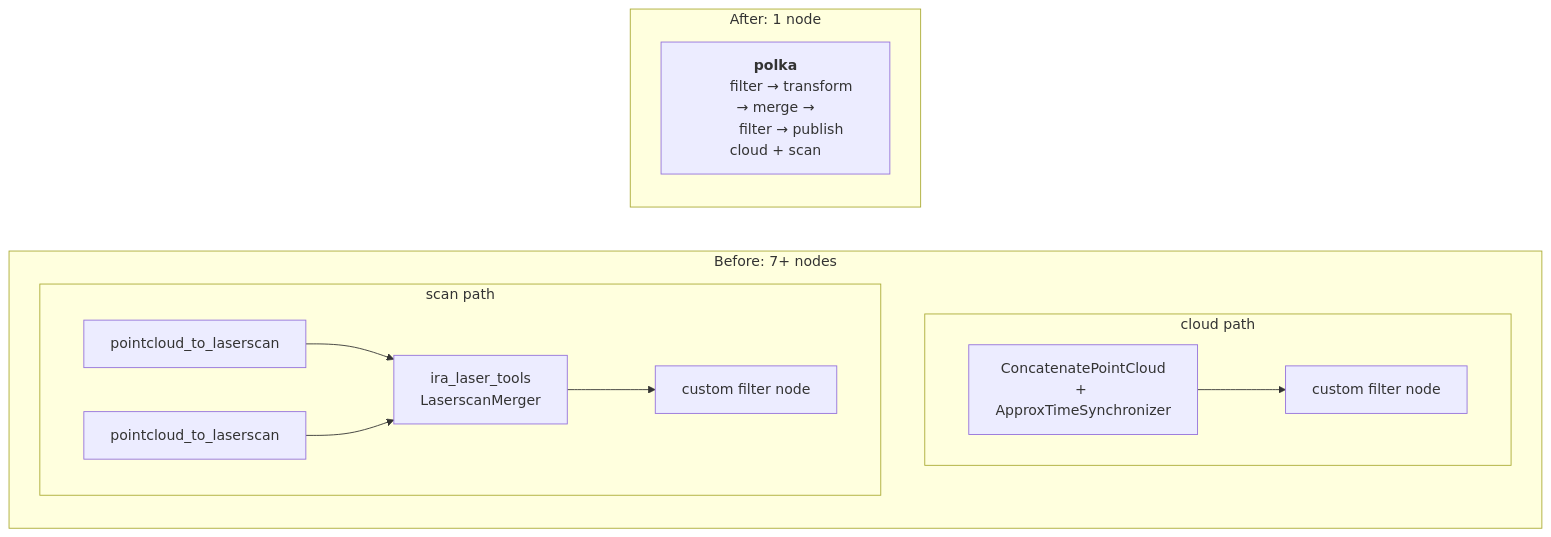
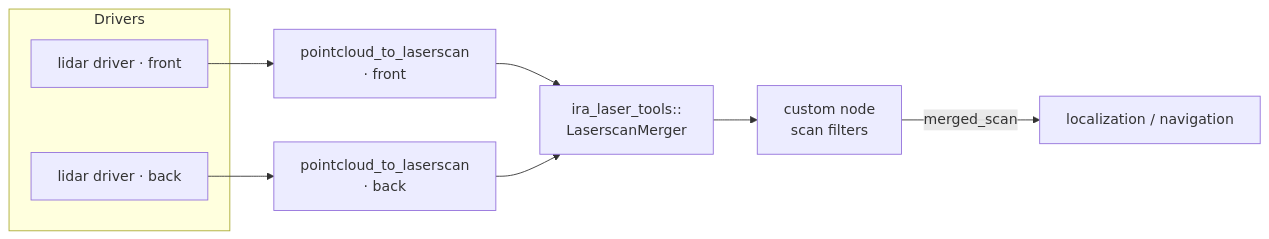
One commit to Pana1v/polka changed the fourth of 4 diagrams in README.md. Above: the diagram before and after it, drawn with Mermaid. The commit also changed other lines of this file, not shown here.

First line of the commit message:
Enhance README with pipeline comparison diagrams

````diff
--- a/README.md
+++ b/README.md
@@ -81,22 +129,19 @@
 ```mermaid
 graph LR
-    subgraph "Before: 7+ nodes"
-        direction TB
-
-        subgraph "cloud path"
-            CC[ConcatenatePointCloud\n+ ApproxTimeSynchronizer] --> CF[custom filter node]
-        end
-
-        subgraph "scan path"
-            P2L1[pointcloud_to_laserscan] --> IRA[ira_laser_tools\nLaserscanMerger]
-            P2L2[pointcloud_to_laserscan] --> IRA
-            IRA --> SF[custom filter node]
-        end
+    subgraph Drivers
+        D1[lidar driver · front]
+        D2[lidar driver · back]
     end
 
-    subgraph "After: 1 node"
-        POLKA["<strong>polka</strong>
-        filter → transform → merge →
-        filter → publish cloud + scan"]
-    end
+    P2L1[pointcloud_to_laserscan<br/>· front]
+    P2L2[pointcloud_to_laserscan<br/>· back]
+    IRA[ira_laser_tools::<br/>LaserscanMerger]
+    SF[custom node<br/>scan filters]
+    NAV[localization / navigation]
+
+    D1 --> P2L1
+    D2 --> P2L2
+    P2L1 --> IRA
+    P2L2 --> IRA
+    IRA --> SF -->|merged_scan| NAV
 ```
````
